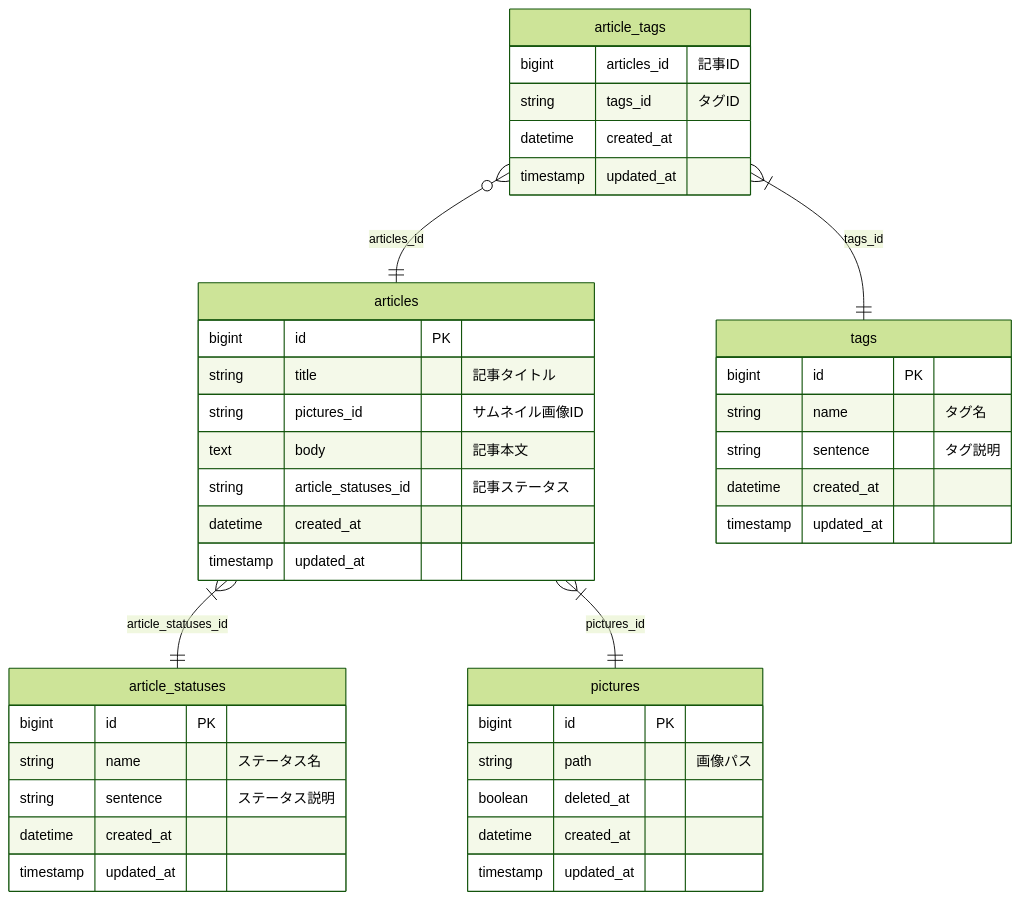
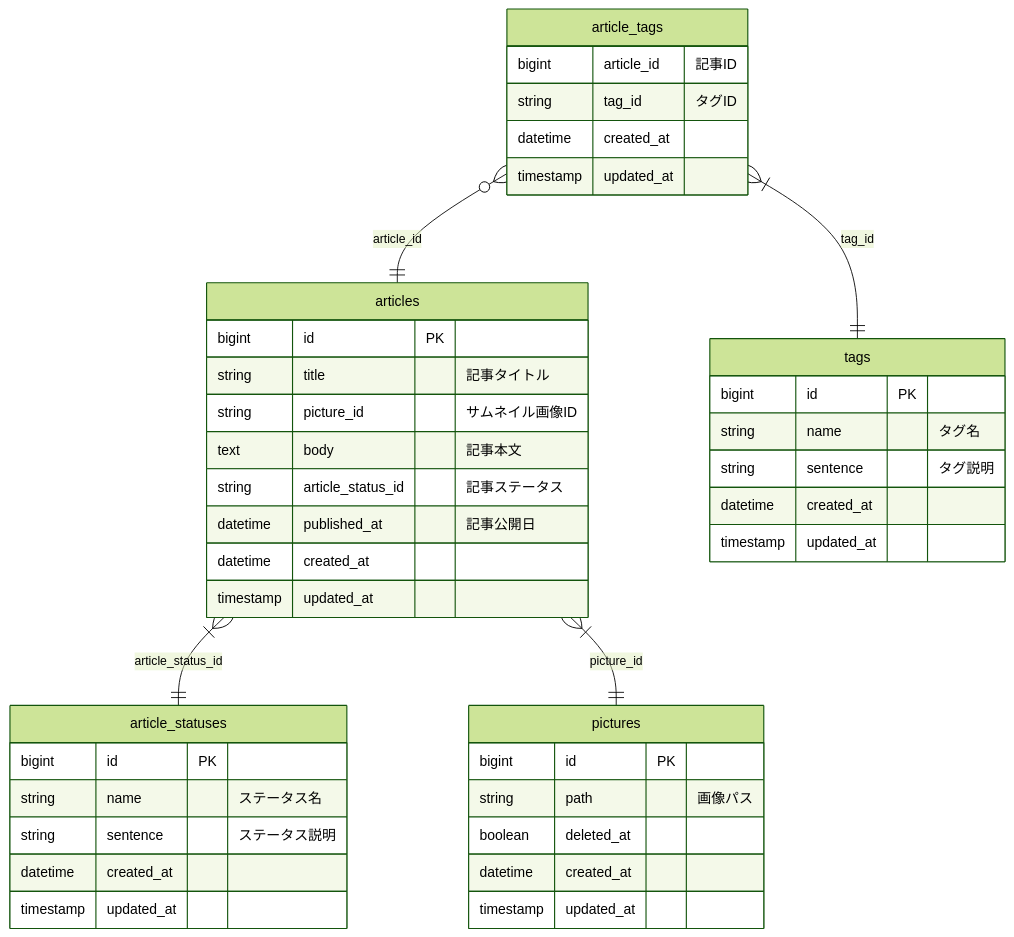
One commit to hdk-t/simple-cms changed the second of 2 diagrams in README.md. Above: the diagram before and after it, drawn with Mermaid (forest theme). The commit also changed other lines of this file and 45 other files, not shown here.

````diff
--- a/README.md
+++ b/README.md
@@ -77,49 +82,50 @@
 ```mermaid
 erDiagram
 
-    articles }|--|| article_statuses: "article_statuses_id"
-    articles }|--|| pictures: "pictures_id"
-    article_tags }o--|| articles: "articles_id"
-    article_tags }|--|| tags: "tags_id"
+    articles }|--|| article_statuses: "article_status_id"
+    articles }|--|| pictures: "picture_id"
+    article_tags }o--|| articles: "article_id"
+    article_tags }|--|| tags: "tag_id"
 
     articles {
         bigint id PK
         string title "記事タイトル"
-        string pictures_id "サムネイル画像ID"
+        string picture_id "サムネイル画像ID"
         text body "記事本文"
-        string article_statuses_id "記事ステータス"
+        string article_status_id "記事ステータス"
+        datetime published_at "記事公開日"
         datetime created_at
         timestamp updated_at
     }
 
     article_statuses {
         bigint id PK
         string name "ステータス名"
         string sentence "ステータス説明"
         datetime created_at
         timestamp updated_at
     }
 
     article_tags {
-        bigint articles_id "記事ID"
-        string tags_id "タグID"
+        bigint article_id "記事ID"
+        string tag_id "タグID"
         datetime created_at
         timestamp updated_at
     }
 
     tags {
         bigint id PK
         string name "タグ名"
         string sentence "タグ説明"
         datetime created_at
         timestamp updated_at
     }
 
     pictures {
         bigint id PK
         string path "画像パス"
         boolean deleted_at
         datetime created_at
         timestamp updated_at
     }
 ```
````
